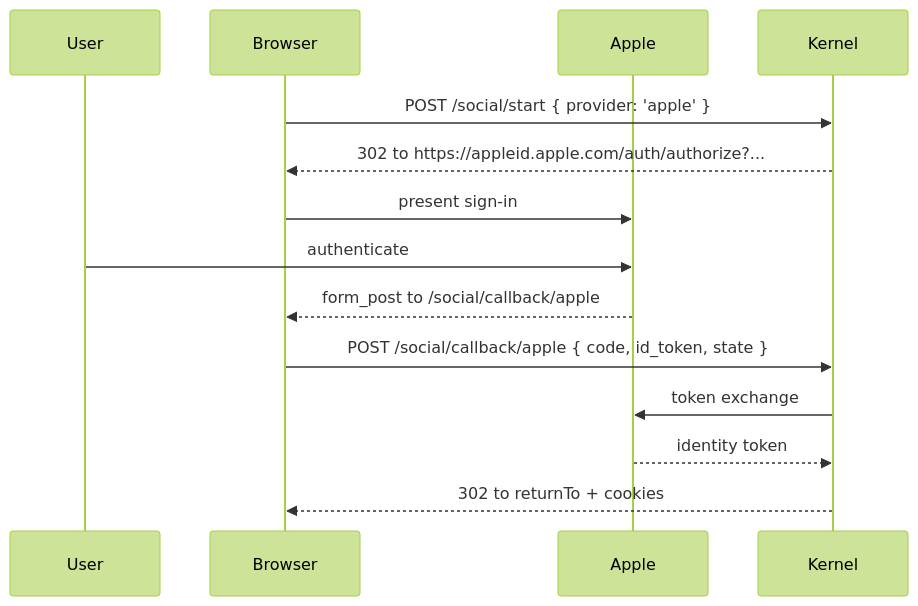
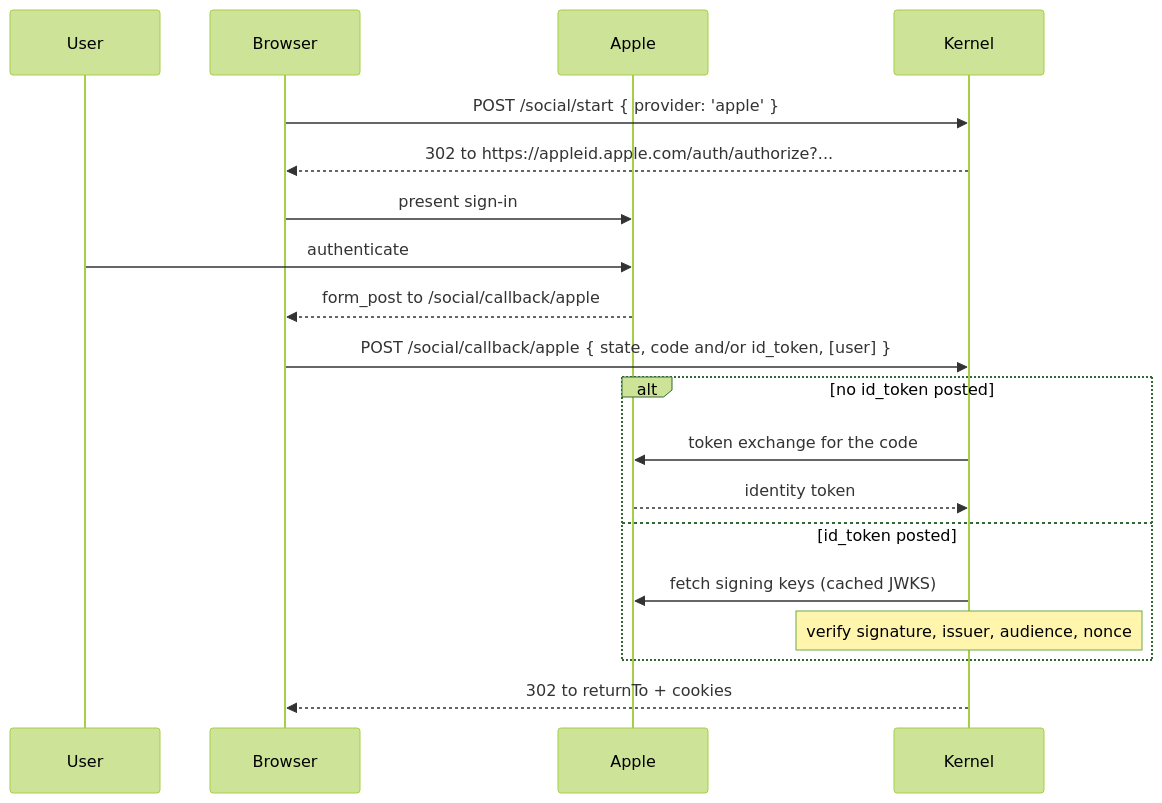
One commit to 21nCo/superfunctions changed the first of 2 diagrams in authfn/docs/content/docs/plugins/social-oauth/apple.md. Above: the diagram before and after it, drawn with Mermaid (forest theme). The commit also changed other lines of this file and 7 other files, not shown here.

First line of the commit message:
fix(authfn): take the Apple email only from the verified identity token (#388)

````diff
--- a/authfn/docs/content/docs/plugins/social-oauth/apple.md
+++ b/authfn/docs/content/docs/plugins/social-oauth/apple.md
@@ -55,17 +55,22 @@
 ```mermaid
 sequenceDiagram
   participant User
   participant Browser
   participant Apple
   participant Kernel
 
   Browser->>Kernel: POST /social/start { provider: 'apple' }
   Kernel-->>Browser: 302 to https://appleid.apple.com/auth/authorize?...
   Browser->>Apple: present sign-in
   User->>Apple: authenticate
   Apple-->>Browser: form_post to /social/callback/apple
-  Browser->>Kernel: POST /social/callback/apple { code, id_token, state }
-  Kernel->>Apple: token exchange
-  Apple-->>Kernel: identity token
+  Browser->>Kernel: POST /social/callback/apple { state, code and/or id_token, [user] }
+  alt no id_token posted
+    Kernel->>Apple: token exchange for the code
+    Apple-->>Kernel: identity token
+  else id_token posted
+    Kernel->>Apple: fetch signing keys (cached JWKS)
+    Note over Kernel: verify signature, issuer, audience, nonce
+  end
   Kernel-->>Browser: 302 to returnTo + cookies
 ```
````
